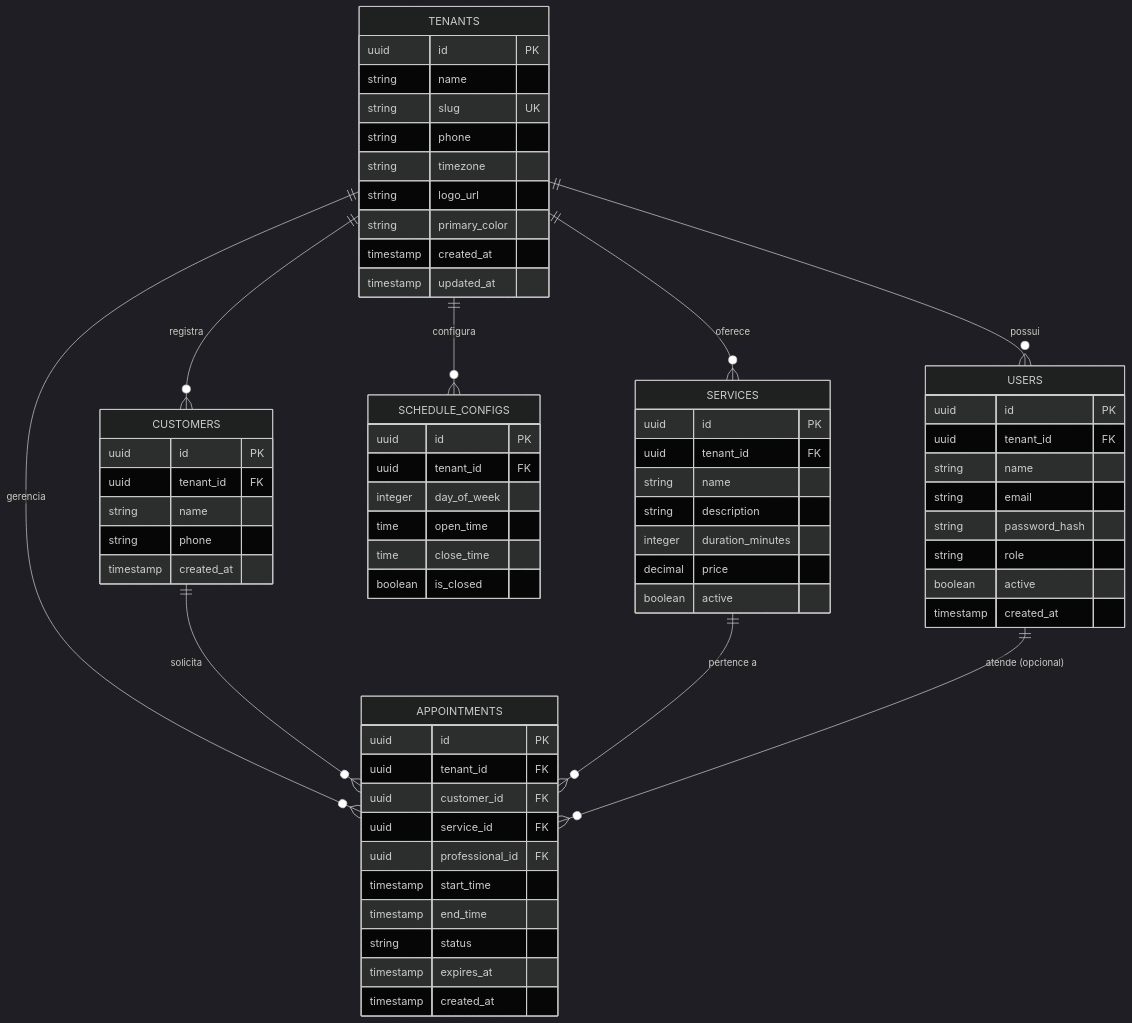
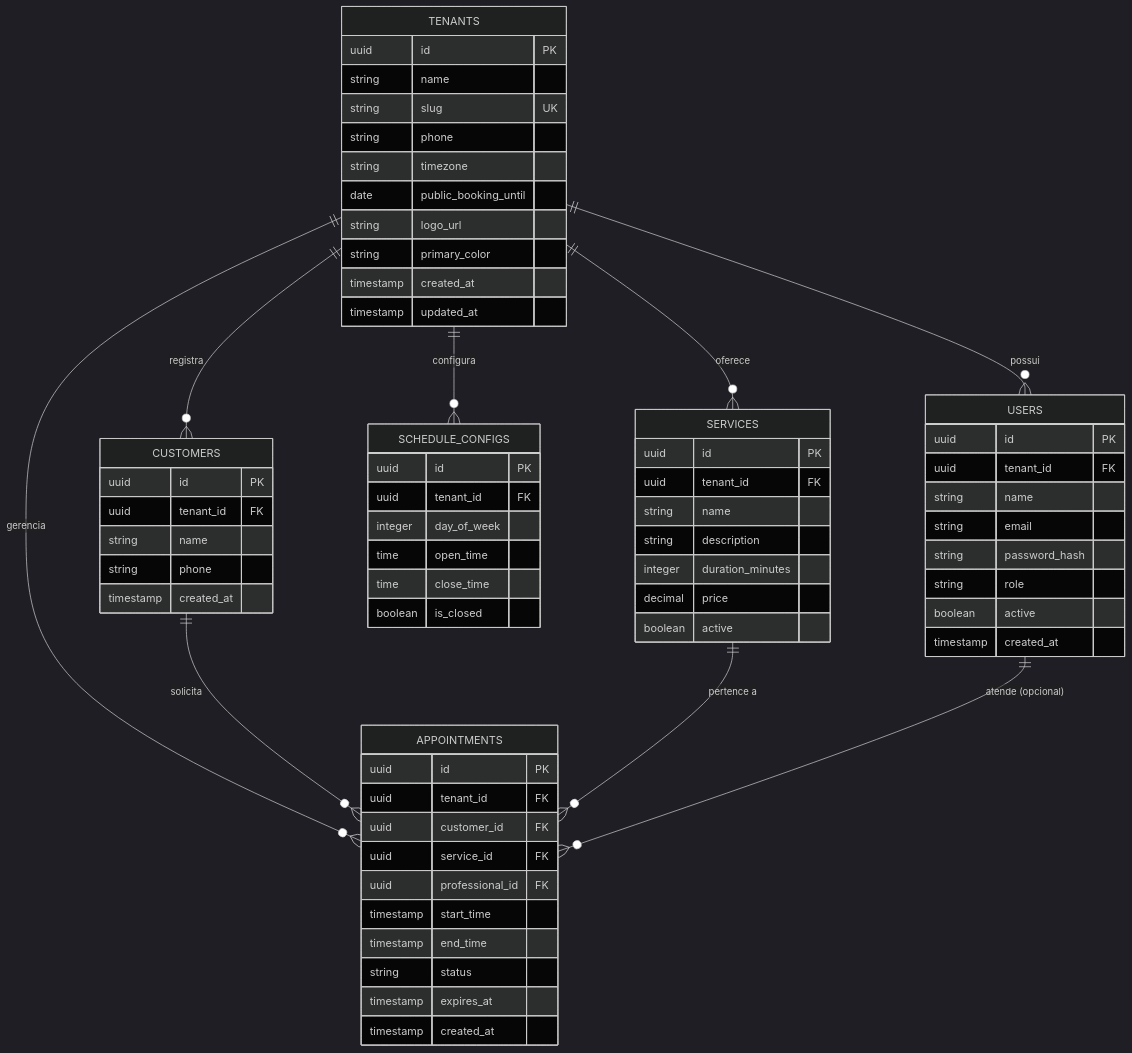
One commit to henriqueptbd-cell/StudioFy changed the first of 2 diagrams in docs/DATABASE_MODEL.md. Above: the diagram before and after it, drawn with Mermaid (dark theme). The commit also changed other lines of this file and 34 other files, not shown here.

Commit message:
feat(appointments): add progressive public booking window

````diff
--- a/docs/DATABASE_MODEL.md
+++ b/docs/DATABASE_MODEL.md
@@ -11,76 +11,77 @@
 ```mermaid
 erDiagram
     TENANTS ||--o{ USERS : "possui"
     TENANTS ||--o{ SERVICES : "oferece"
     TENANTS ||--o{ SCHEDULE_CONFIGS : "configura"
     TENANTS ||--o{ CUSTOMERS : "registra"
     TENANTS ||--o{ APPOINTMENTS : "gerencia"
 
     CUSTOMERS ||--o{ APPOINTMENTS : "solicita"
     SERVICES ||--o{ APPOINTMENTS : "pertence a"
     USERS ||--o{ APPOINTMENTS : "atende (opcional)"
 
     TENANTS {
         uuid id PK
         string name
         string slug UK
         string phone
         string timezone
+        date public_booking_until
         string logo_url
         string primary_color
         timestamp created_at
         timestamp updated_at
     }
 
     USERS {
         uuid id PK
         uuid tenant_id FK
         string name
         string email
         string password_hash
         string role
         boolean active
         timestamp created_at
     }
 
     SERVICES {
         uuid id PK
         uuid tenant_id FK
         string name
         string description
         integer duration_minutes
         decimal price
         boolean active
     }
 
     SCHEDULE_CONFIGS {
         uuid id PK
         uuid tenant_id FK
         integer day_of_week
         time open_time
         time close_time
         boolean is_closed
     }
 
     CUSTOMERS {
         uuid id PK
         uuid tenant_id FK
         string name
         string phone
         timestamp created_at
     }
 
     APPOINTMENTS {
         uuid id PK
         uuid tenant_id FK
         uuid customer_id FK
         uuid service_id FK
         uuid professional_id FK
         timestamp start_time
         timestamp end_time
         string status
         timestamp expires_at
         timestamp created_at
     }
 
 ```
````
